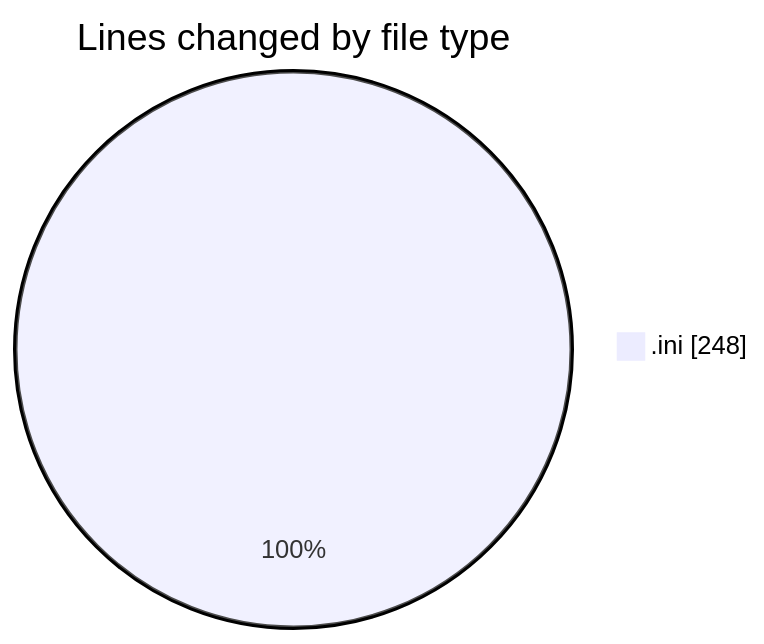
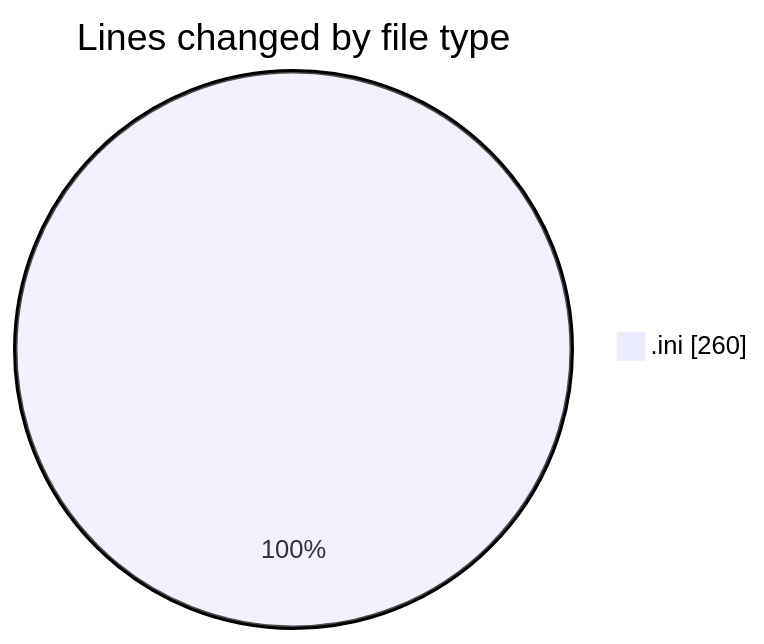
Before and after one commit to Netris89/code-tracking: the first of 2 diagrams in 2025-08-03/data/README.md, drawn with Mermaid. The commit also changed other lines of this file and 1 other file, not shown here.

````diff
--- a/2025-08-03/data/README.md
+++ b/2025-08-03/data/README.md
@@ -20,5 +20,5 @@
 ```mermaid
 pie showData
 title Lines changed by file type
-".ini" : 248
+".ini" : 260
 ```
````
